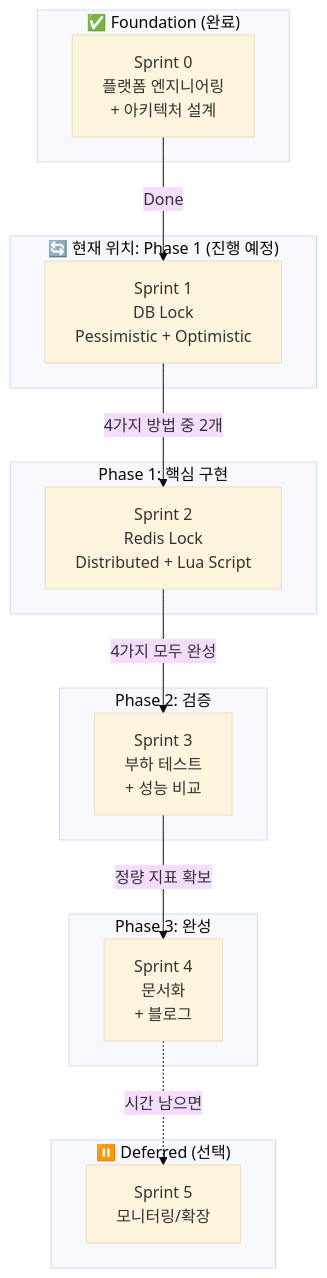
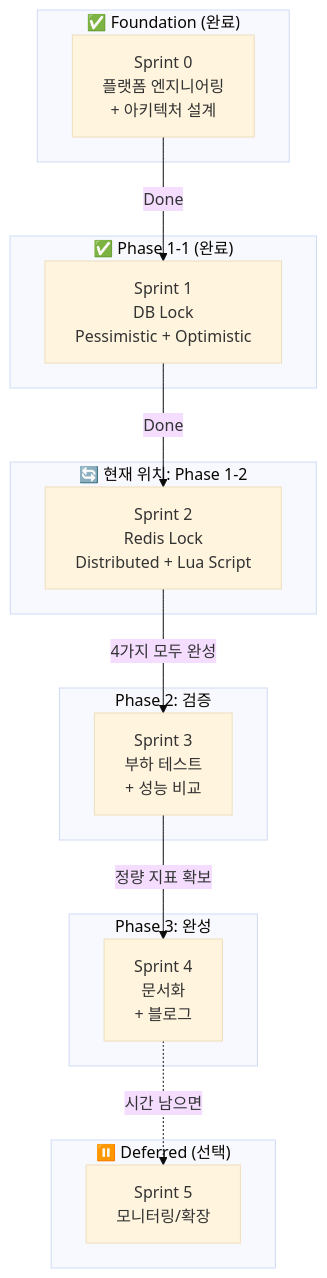
Before and after one commit to JuJin1324/concurrency-control-poc: the first of 2 diagrams in how-diagram.md, drawn with Mermaid (base theme). The commit also changed other lines of this file and 2 other files, not shown here.

````diff
--- a/how-diagram.md
+++ b/how-diagram.md
@@ -27,32 +27,32 @@
 ```mermaid
 flowchart TD
     subgraph Foundation["✅ Foundation (완료)"]
         S0[Sprint 0<br/>플랫폼 엔지니어링<br/>+ 아키텍처 설계]
     end
 
-    subgraph Current["🔄 현재 위치: Phase 1 (진행 예정)"]
+    subgraph Phase1Done["✅ Phase 1-1 (완료)"]
         S1[Sprint 1<br/>DB Lock<br/>Pessimistic + Optimistic]
     end
 
-    subgraph Phase1["Phase 1: 핵심 구현"]
+    subgraph Current["🔄 현재 위치: Phase 1-2"]
         S2[Sprint 2<br/>Redis Lock<br/>Distributed + Lua Script]
     end
 
     subgraph Phase2["Phase 2: 검증"]
         S3[Sprint 3<br/>부하 테스트<br/>+ 성능 비교]
     end
 
     subgraph Phase3["Phase 3: 완성"]
         S4[Sprint 4<br/>문서화<br/>+ 블로그]
     end
 
     subgraph Deferred["⏸️ Deferred (선택)"]
         S5[Sprint 5<br/>모니터링/확장]
     end
 
     S0 -->|Done| S1
-    S1 -->|4가지 방법 중 2개| S2
+    S1 -->|Done| S2
     S2 -->|4가지 모두 완성| S3
     S3 -->|정량 지표 확보| S4
     S4 -.->|시간 남으면| S5
 ```
````
